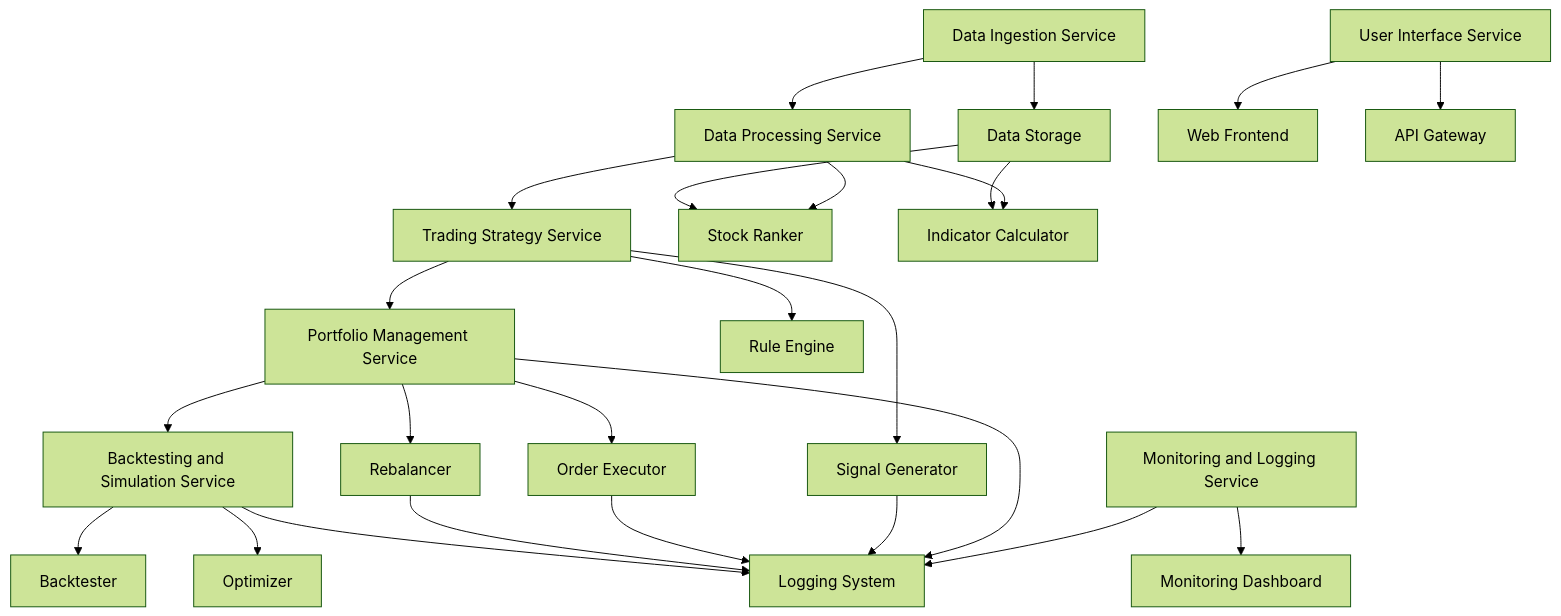
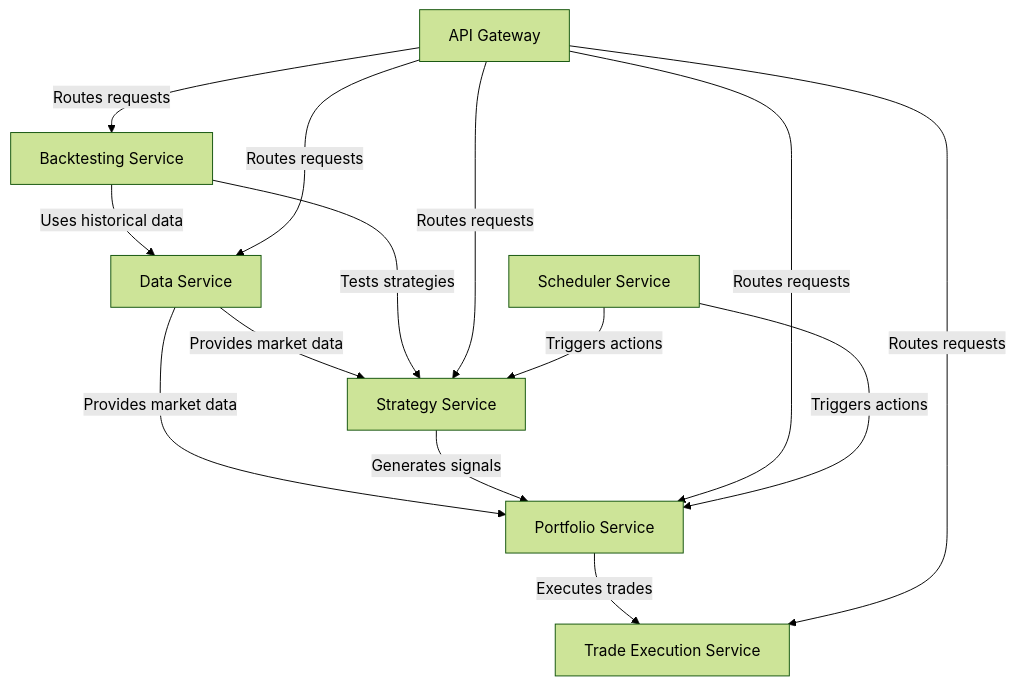
Before and after one commit to denim-bluu/trading_platform: the diagram in README.md, drawn with Mermaid (forest theme). The commit also changed other lines of this file, not shown here.

````diff
--- a/README.md
+++ b/README.md
@@ -1,28 +42,16 @@
 ```mermaid
 graph TD
-    A[Data Ingestion Service] --> B[Data Storage]
-    A --> C[Data Processing Service]
-    C --> D[Trading Strategy Service]
-    D --> E[Portfolio Management Service]
-    E --> F[Order Executor]
-    E --> G[Rebalancer]
-    D --> H[Signal Generator]
-    C --> I[Stock Ranker]
-    C --> J[Indicator Calculator]
-    D --> K[Rule Engine]
-    B --> J
-    B --> I
-    E --> L[Backtesting and Simulation Service]
-    L --> M[Backtester]
-    L --> N[Optimizer]
-    O[Monitoring and Logging Service] --> P[Monitoring Dashboard]
-    O --> Q[Logging System]
-    R[User Interface Service] --> S[Web Frontend]
-    R --> T[API Gateway]
-    E --> Q
-    H --> Q
-    F --> Q
-    G --> Q
-    L --> Q
-
+    A[Data Service] -->|Provides market data| B[Strategy Service]
+    A -->|Provides market data| C[Portfolio Service]
+    B -->|Generates signals| C
+    C -->|Executes trades| D[Trade Execution Service]
+    E[Backtesting Service] -->|Uses historical data| A
+    E -->|Tests strategies| B
+    F[API Gateway] -->|Routes requests| A
+    F -->|Routes requests| B
+    F -->|Routes requests| C
+    F -->|Routes requests| D
+    F -->|Routes requests| E
+    G[Scheduler Service] -->|Triggers actions| B
+    G -->|Triggers actions| C
 ```
````
